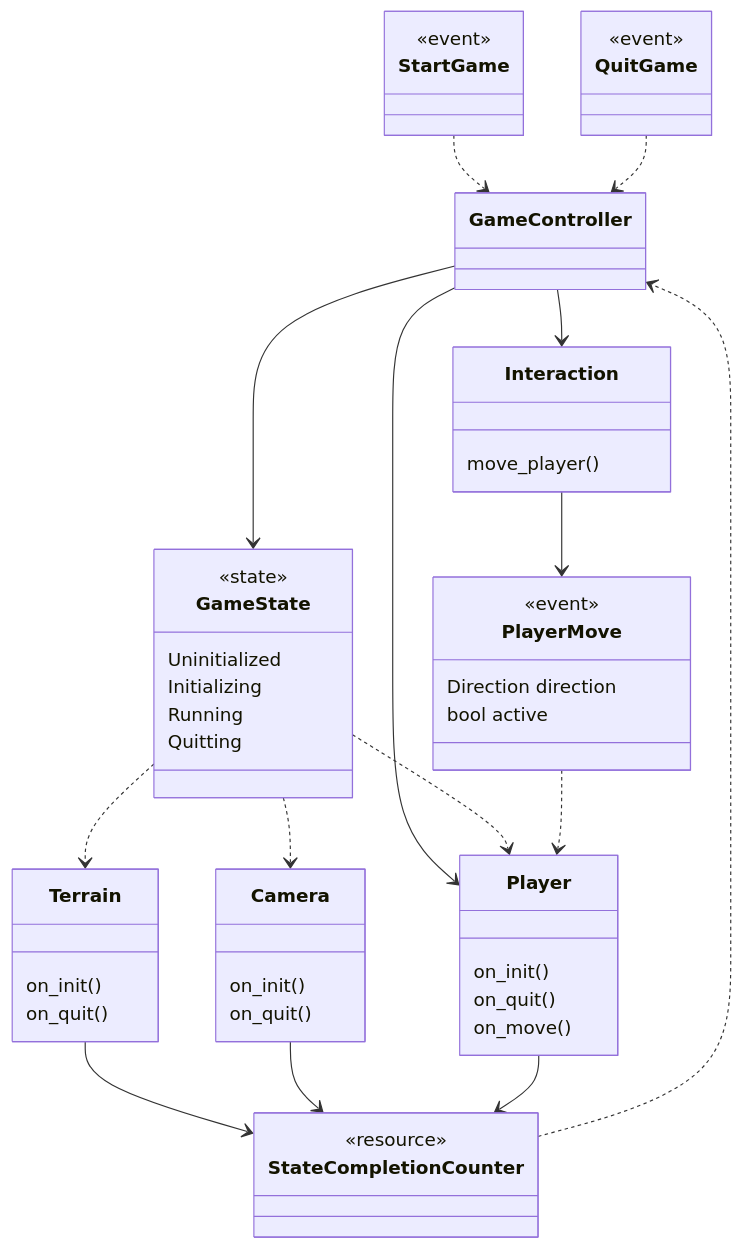
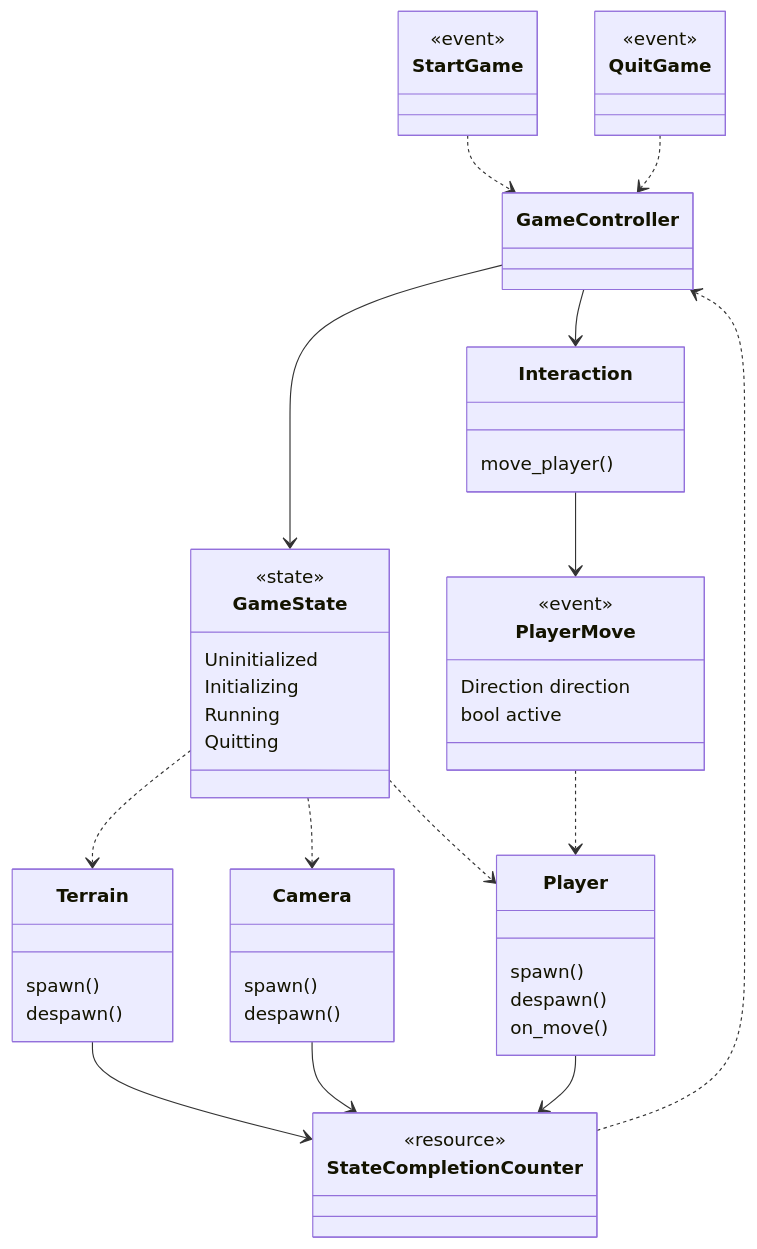
The diagram in spec/architecture.mmd (IhnoL/bevy_barcamp), drawn with Mermaid before and after one commit. The commit also changed 4 other files, not shown here.

```diff
--- a/spec/architecture.mmd
+++ b/spec/architecture.mmd
@@ -1,55 +1,54 @@
 %% Mermaid class diagram
 classDiagram
     class GameController{
     }
     class Terrain {
-        on_init()
-        on_quit()
+        spawn()
+        despawn()
     }
     class Camera {
-        on_init()
-        on_quit()
+        spawn()
+        despawn()
     }
     class Player {
-        on_init()
-        on_quit()
+        spawn()
+        despawn()
         on_move()
     }
     class Interaction {
         move_player()
     }
     class GameState {
         <<state>>
         Uninitialized
         Initializing
         Running
         Quitting
     }
     class PlayerMove {
         <<event>>
         Direction direction
         bool active
     }
     class StateCompletionCounter {
         <<resource>>
     }
     class StartGame {
         <<event>>
     }
     class QuitGame{
         <<event>>
     }
     GameController --> Interaction
     GameController --> GameState
-    GameController --> Player
     GameState ..> Terrain
     GameState ..> Camera
     GameState ..> Player
     Interaction --> PlayerMove
     PlayerMove ..> Player
     Terrain --> StateCompletionCounter
     Camera --> StateCompletionCounter
     Player --> StateCompletionCounter
     StateCompletionCounter ..> GameController
     StartGame ..> GameController
     QuitGame..> GameController
```
